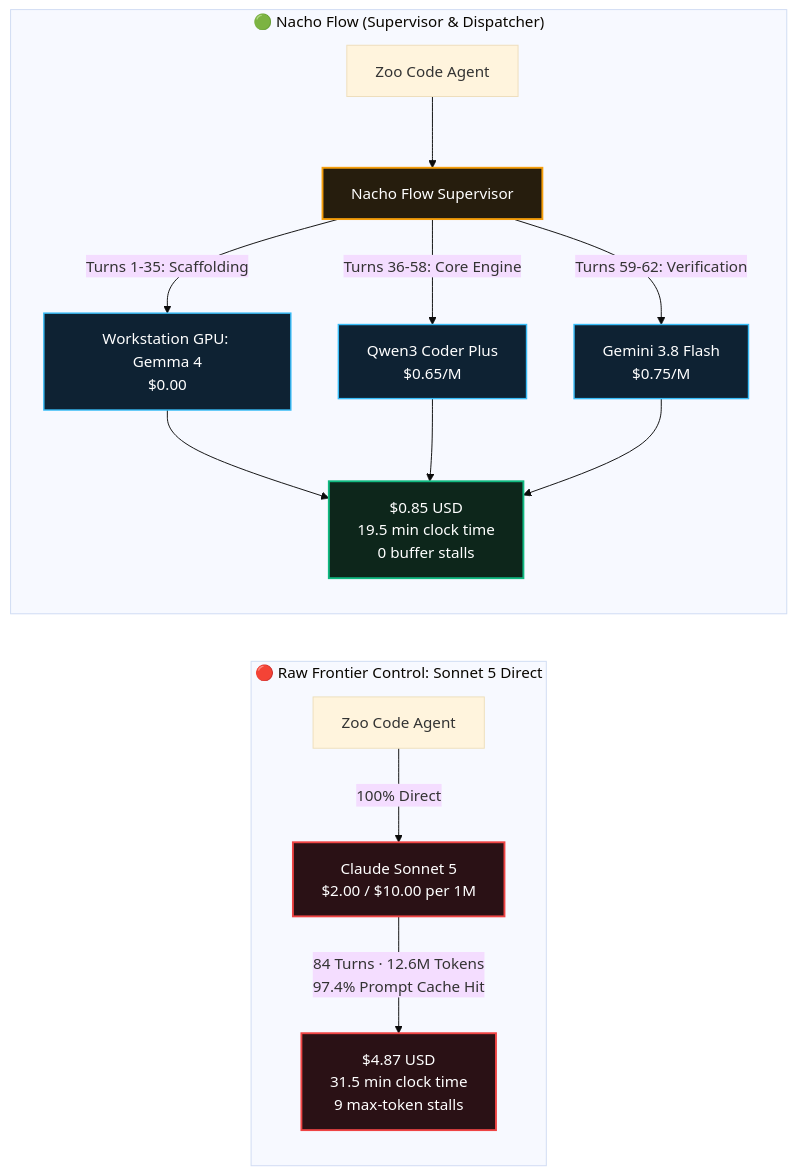
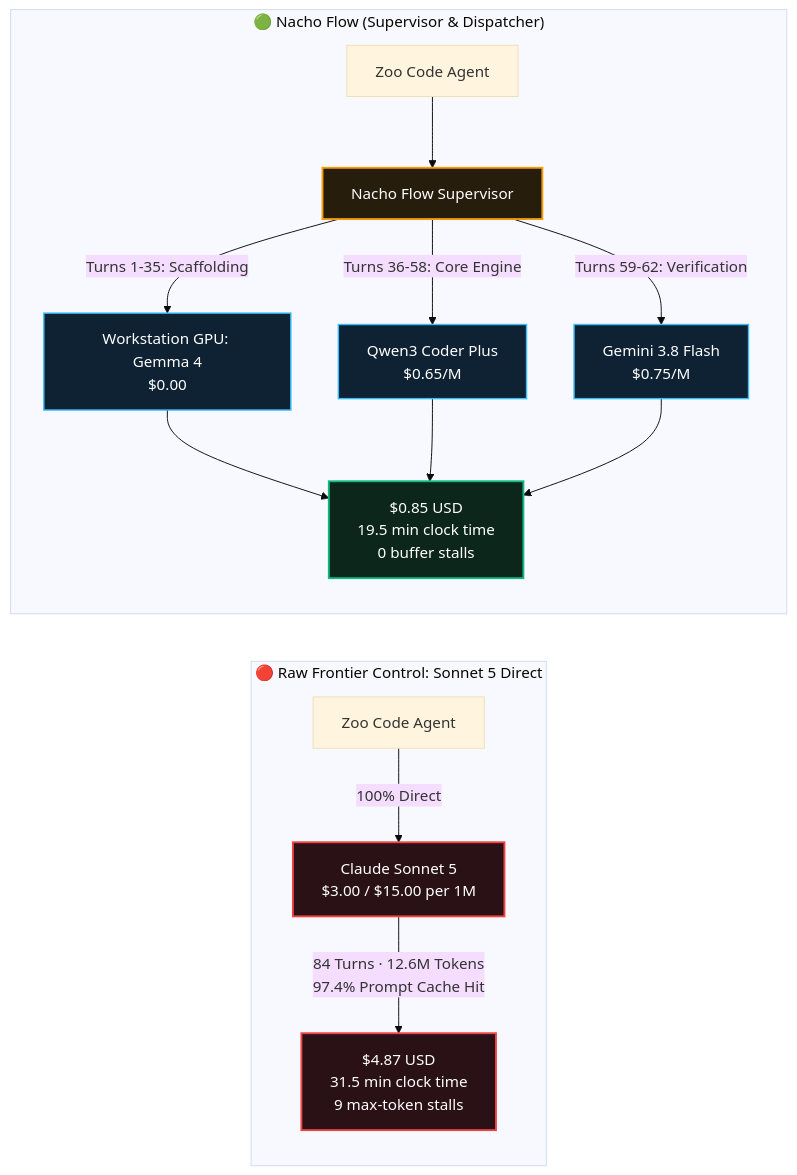
Before and after one commit to dixieflatline76/nacho-flow: the first of 10 diagrams in site/docs/FRONTIER_CONTROL_STUDY_2026.md, drawn with Mermaid (base theme). The commit also changed other lines of this file and 148 other files, not shown here.

````diff
--- a/site/docs/FRONTIER_CONTROL_STUDY_2026.md
+++ b/site/docs/FRONTIER_CONTROL_STUDY_2026.md
@@ -34,27 +34,27 @@
 ```mermaid
 flowchart LR
     classDef raw fill:#2a1115,stroke:#ef4444,stroke-width:2px,color:#fff;
     classDef nacho fill:#0d261b,stroke:#10b981,stroke-width:2px,color:#fff;
     classDef sup fill:#261d0d,stroke:#f59e0b,stroke-width:2px,color:#fff;
     classDef tier fill:#0e2233,stroke:#38bdf8,stroke-width:1.5px,color:#fff;
 
     subgraph RawControl["🔴 Raw Frontier Control: Sonnet 5 Direct"]
-        Z1["Zoo Code Agent"] -->|100% Direct| S5["Claude Sonnet 5<br/>$2.00 / $10.00 per 1M"]
+        Z1["Zoo Code Agent"] -->|100% Direct| S5["Claude Sonnet 5<br/>$3.00 / $15.00 per 1M"]
         S5 -->|84 Turns · 12.6M Tokens<br/>97.4% Prompt Cache Hit| Bill1["$4.87 USD<br/>31.5 min clock time<br/>9 max-token stalls"]
     end
 
     subgraph NachoSupervisor["🟢 Nacho Flow (Supervisor & Dispatcher)"]
         Z2["Zoo Code Agent"] --> NF["Nacho Flow Supervisor"]
         NF -->|Turns 1-35: Scaffolding| Local["Workstation GPU: Gemma 4<br/>$0.00"]
         NF -->|Turns 36-58: Core Engine| Qwen["Qwen3 Coder Plus<br/>$0.65/M"]
         NF -->|Turns 59-62: Verification| Gemini["Gemini 3.8 Flash<br/>$0.75/M"]
         Local --> Bill2["$0.85 USD<br/>19.5 min clock time<br/>0 buffer stalls"]
         Qwen --> Bill2
         Gemini --> Bill2
     end
 
     class S5,Bill1 raw;
     class NF sup;
     class Local,Qwen,Gemini tier;
     class Bill2 nacho;
 ```
````
